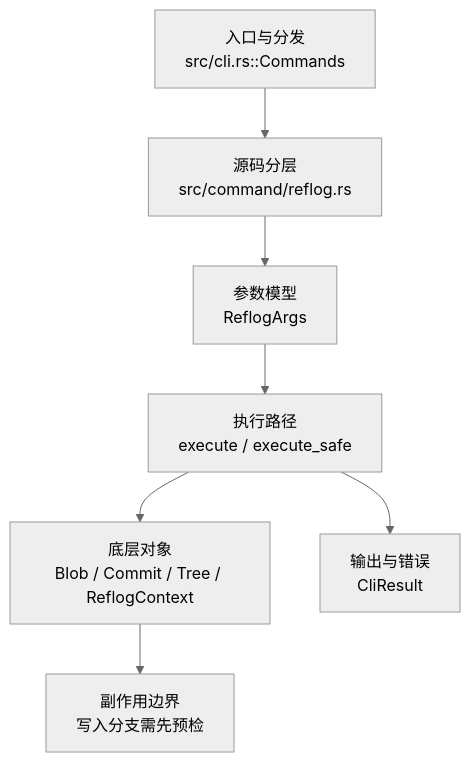
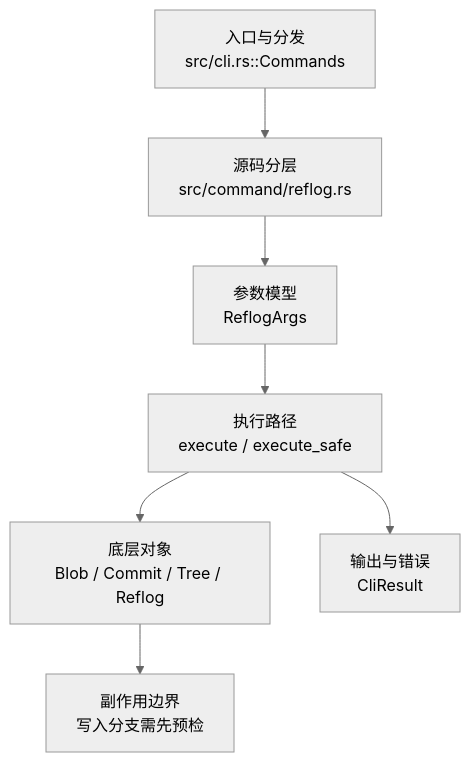
One commit to web3infra-foundation/libra changed the diagram in docs/development/commands/reflog.md. Above: the diagram before and after it, drawn with Mermaid (neutral theme). The commit also changed other lines of this file and 65 other files, not shown here.

````diff
--- a/docs/development/commands/reflog.md
+++ b/docs/development/commands/reflog.md
@@ -22,9 +22,9 @@
 ```mermaid
 flowchart TD
     A["入口与分发<br/>src/cli.rs::Commands"] --> B["源码分层<br/>src/command/reflog.rs"]
     B --> C["参数模型<br/>ReflogArgs"]
     C --> D["执行路径<br/>execute / execute_safe"]
-    D --> E["底层对象<br/>Blob / Commit / Tree / ReflogContext"]
+    D --> E["底层对象<br/>Blob / Commit / Tree / Reflog"]
     D --> F["输出与错误<br/>CliResult"]
     E --> G["副作用边界<br/>写入分支需先预检"]
 ```
````
